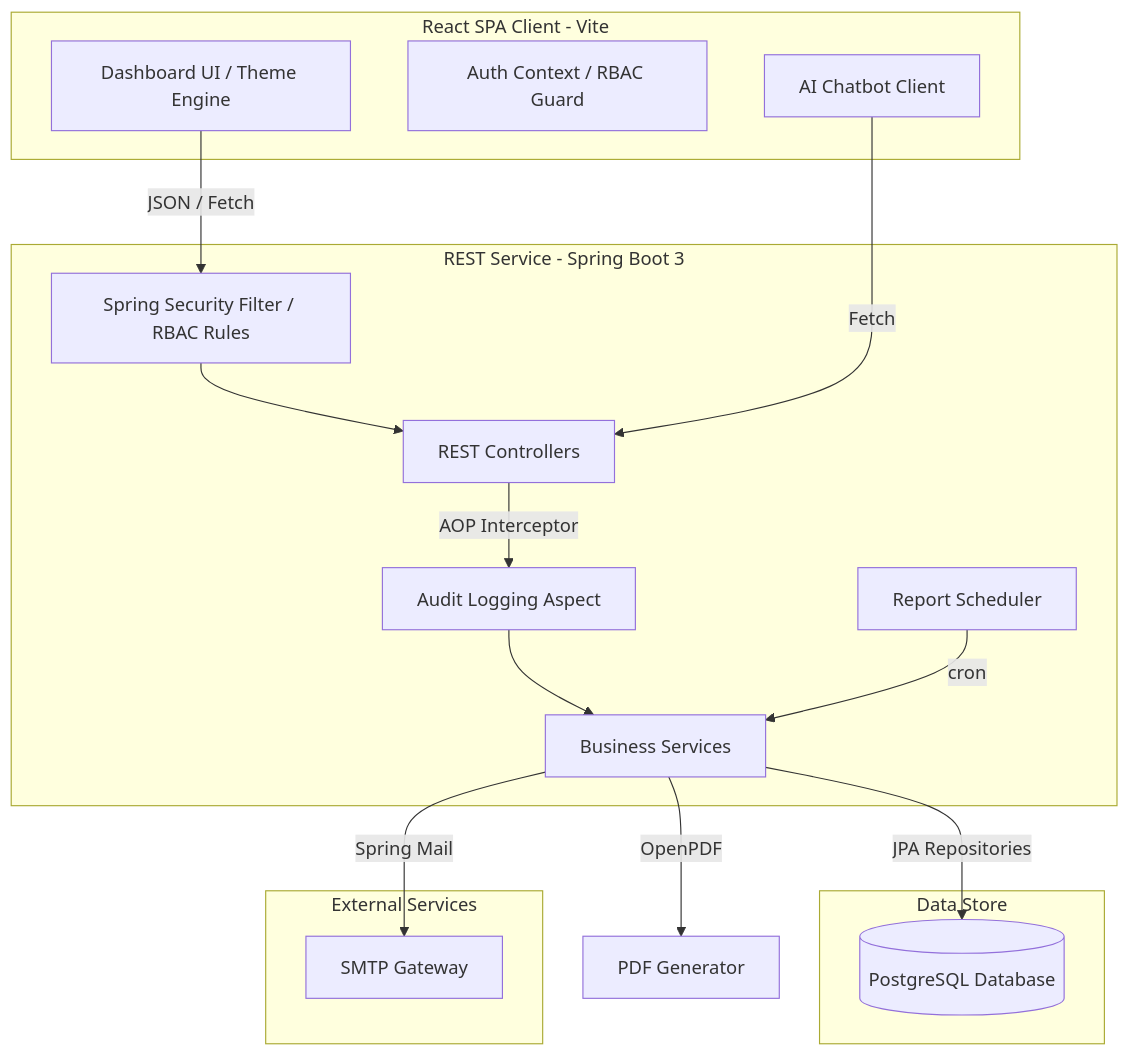
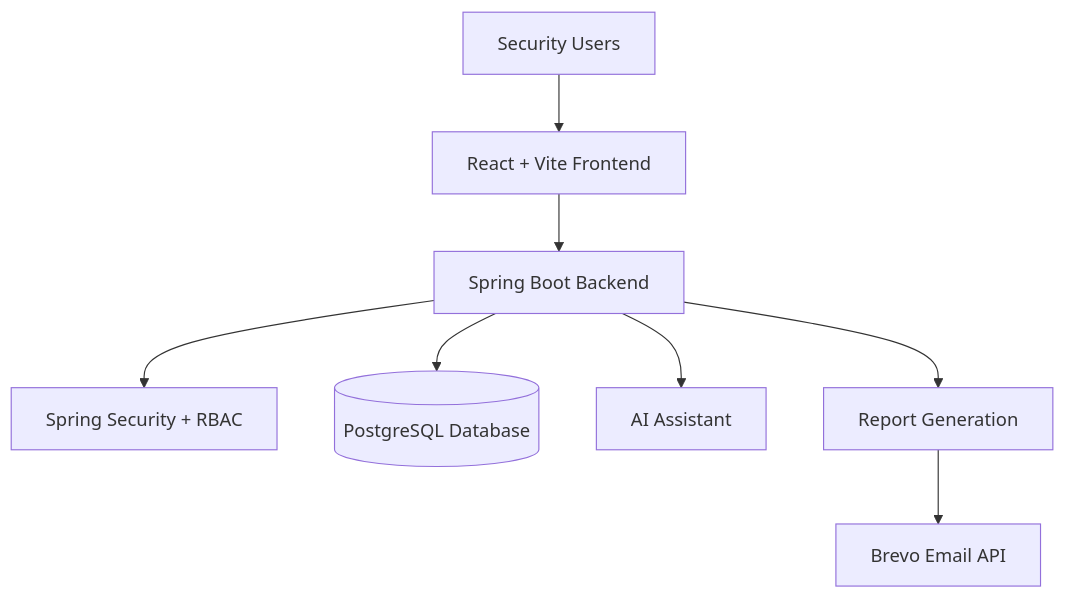
The diagram in README.md (237y1a6697/Cloud-Security-Monitoring-System), drawn with Mermaid before and after one commit. The commit also changed other lines of this file and 17 other files, not shown here.

````diff
--- a/README.md
+++ b/README.md
@@ -23,38 +54,27 @@
 ```mermaid
-graph TD
-    %% Frontend Layer
-    subgraph Frontend [React SPA Client - Vite]
-        UI[Dashboard UI / Theme Engine]
-        AC[Auth Context / RBAC Guard]
-        AI[AI Chatbot Client]
-    end
+flowchart TB
 
-    %% API Layer
-    subgraph Backend [REST Service - Spring Boot 3]
-        SEC[Spring Security Filter / RBAC Rules]
-        AOP[Audit Logging Aspect]
-        CTRL[REST Controllers]
-        SERV[Business Services]
-        SCH[Report Scheduler]
-    end
+    U[Security Users]
 
-    %% Data & External
-    subgraph DB [Data Store]
-        POSTGRES[(PostgreSQL Database)]
-    end
+    F[React + Vite Frontend]
 
-    subgraph External [External Services]
-        SMTP[SMTP Gateway]
-    end
+    B[Spring Boot Backend]
 
-    %% Interactions
-    UI -->|JSON / Fetch| SEC
-    SEC --> CTRL
-    CTRL -->|AOP Interceptor| AOP
-    AOP --> SERV
-    SERV -->|JPA Repositories| POSTGRES
-    SERV -->|OpenPDF| PDF[PDF Generator]
-    SERV -->|Spring Mail| SMTP
-    SCH -->|cron| SERV
-    AI -->|Fetch| CTRL
+    S[Spring Security + RBAC]
+
+    DB[(PostgreSQL Database)]
+
+    AI[AI Assistant]
+
+    R[Report Generation]
+
+    E[Brevo Email API]
+
+    U --> F
+    F --> B
+    B --> S
+    B --> DB
+    B --> AI
+    B --> R
+    R --> E
 ```
````
